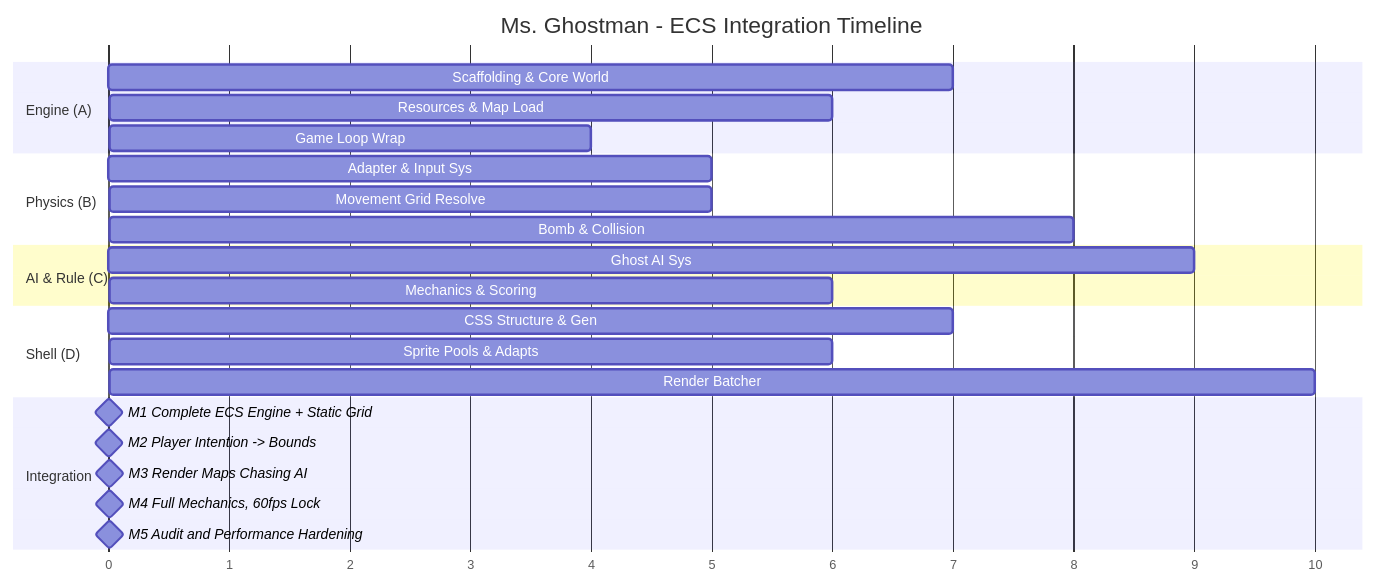
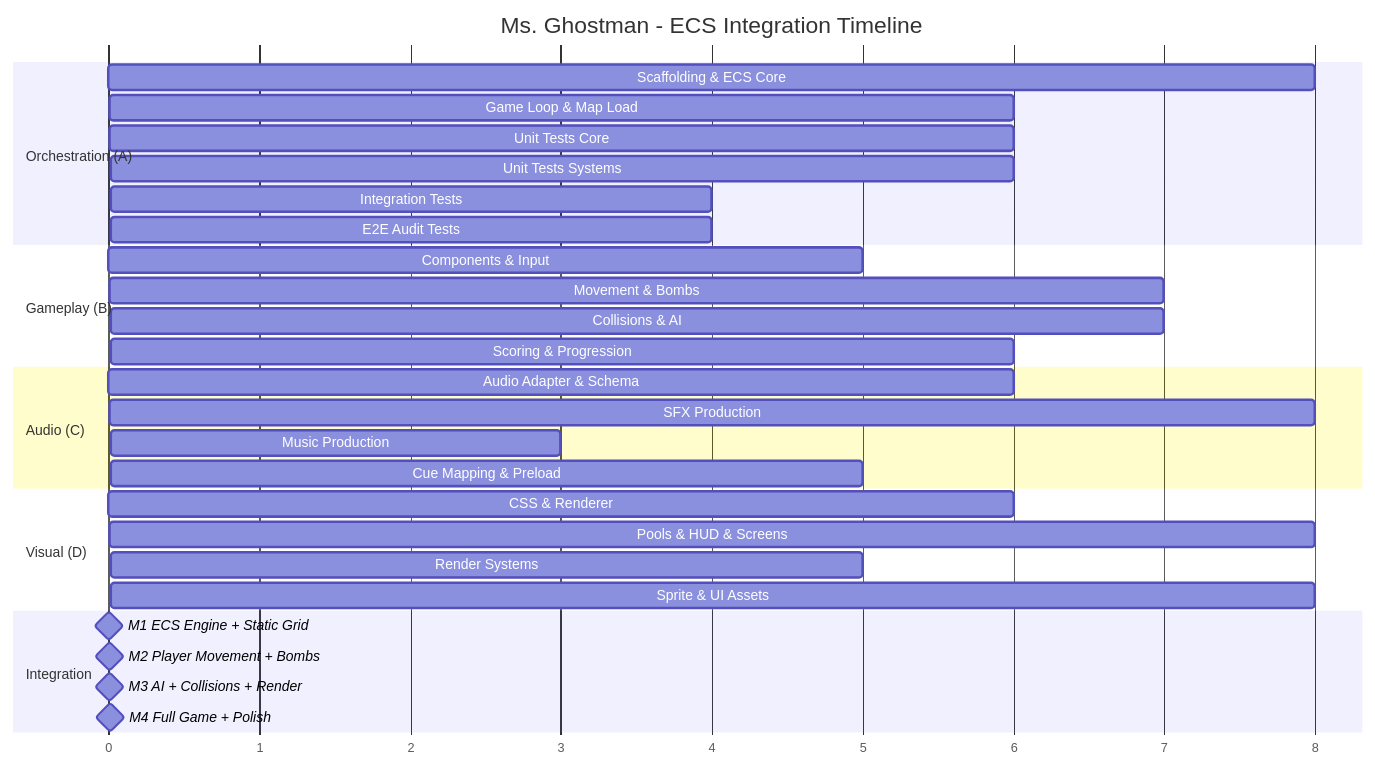
One commit to ertval/make-your-game changed the second of 2 diagrams in docs/implementation-plan.md. Above: the diagram before and after it, drawn with Mermaid. The commit also changed other lines of this file and 7 other files, not shown here.

````diff
--- a/docs/implementation-plan.md
+++ b/docs/implementation-plan.md
@@ -587,32 +985,38 @@
 ```mermaid
 gantt
     title Ms. Ghostman - ECS Integration Timeline
     dateFormat  X
     axisFormat %s
 
-    section Engine (A)
-    Scaffolding & Core World: a1, 0, 7
-    Resources & Map Load: a2, 7, 6
-    Game Loop Wrap: a3, 13, 4
+    section Orchestration (A)
+    Scaffolding & ECS Core: a1, 0, 8
+    Game Loop & Map Load: a2, 8, 6
+    Unit Tests Core: a3, 8, 6
+    Unit Tests Systems: a4, 14, 6
+    Integration Tests: a5, 18, 4
+    E2E Audit Tests: a6, 20, 4
 
-    section Physics (B)
-    Adapter & Input Sys: b1, 2, 5
-    Movement Grid Resolve: b2, 7, 5
-    Bomb & Collision: b3, 12, 8
+    section Gameplay (B)
+    Components & Input: b1, 2, 5
+    Movement & Bombs: b2, 7, 7
+    Collisions & AI: b3, 14, 7
+    Scoring & Progression: b4, 18, 6
 
-    section AI & Rule (C)
-    Ghost AI Sys: c1, 4, 9
-    Mechanics & Scoring: c2, 13, 6
+    section Audio (C)
+    Audio Adapter & Schema: c1, 0, 6
+    SFX Production: c2, 6, 8
+    Music Production: c3, 14, 3
+    Cue Mapping & Preload: c4, 17, 5
 
-    section Shell (D)
-    CSS Structure & Gen: d1, 0, 7
-    Sprite Pools & Adapts: d2, 7, 6
-    Render Batcher: d3, 13, 10
+    section Visual (D)
+    CSS & Renderer: d1, 0, 6
+    Pools & HUD & Screens: d2, 6, 8
+    Render Systems: d3, 14, 5
+    Sprite & UI Assets: d4, 14, 8
     
     section Integration
-    M1 Complete ECS Engine + Static Grid: milestone, m1, 7, 0
-    M2 Player Intention -> Bounds: milestone, m2, 14, 0
-    M3 Render Maps Chasing AI: milestone, m3, 18, 0
-    M4 Full Mechanics, 60fps Lock: milestone, m4, 21, 0
-    M5 Audit and Performance Hardening: milestone, m5, 23, 0
+    M1 ECS Engine + Static Grid: milestone, m1, 8, 0
+    M2 Player Movement + Bombs: milestone, m2, 14, 0
+    M3 AI + Collisions + Render: milestone, m3, 20, 0
+    M4 Full Game + Polish: milestone, m4, 24, 0
 ```
````
